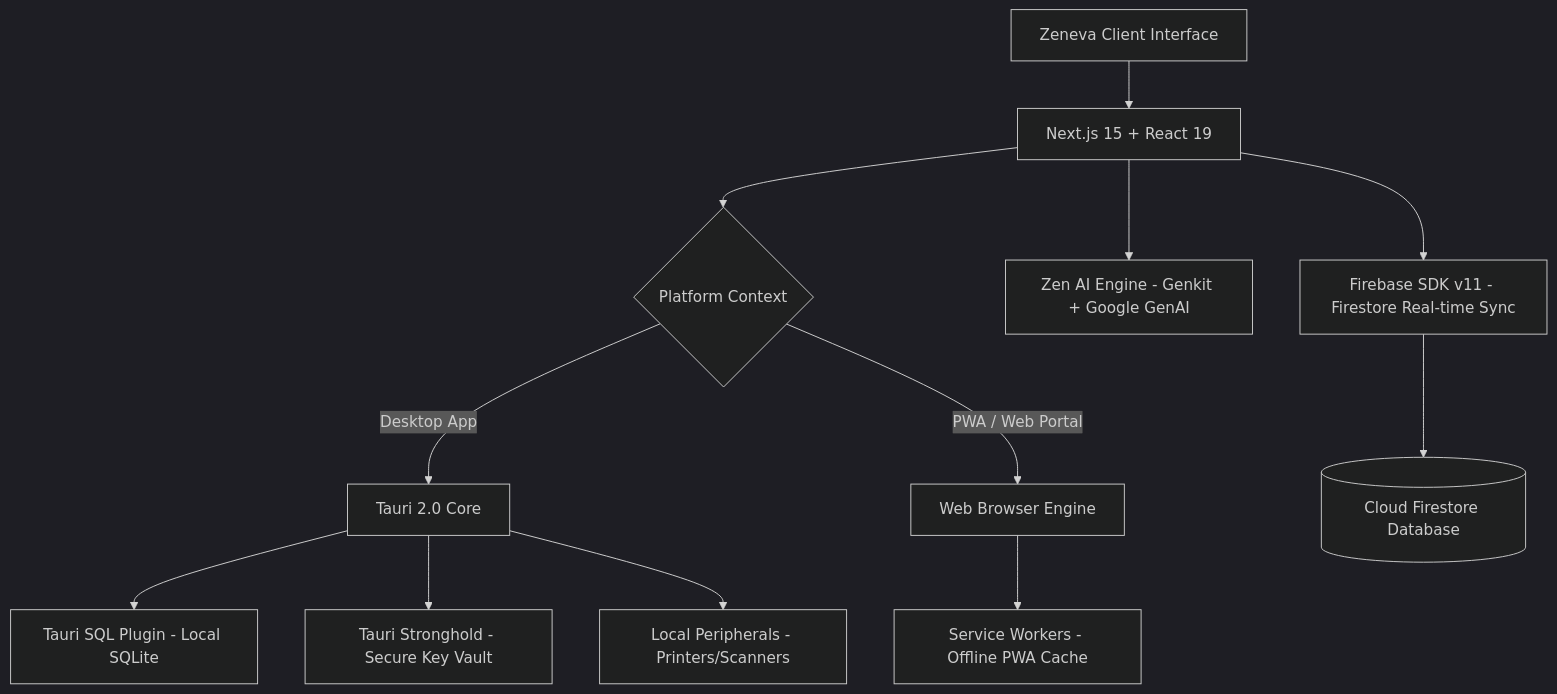
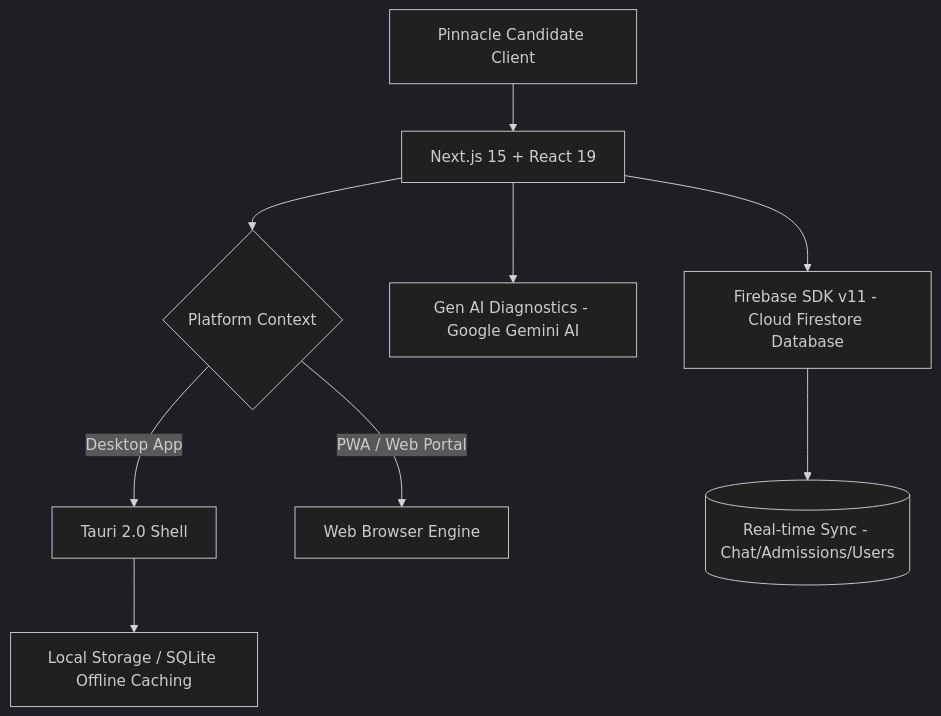
Before and after one commit to I-m-a-m-4/Pinnacle-Academia: the diagram in README.md, drawn with Mermaid (dark theme). The commit also changed other lines of this file and 290 other files, not shown here.

````diff
--- a/README.md
+++ b/README.md
@@ -29,17 +30,13 @@
 ```mermaid
 graph TD
-    A[Zeneva Client Interface] --> B[Next.js 15 + React 19]
+    A[Pinnacle Candidate Client] --> B[Next.js 15 + React 19]
     B --> C{Platform Context}
-    C -->|Desktop App| D[Tauri 2.0 Core]
+    C -->|Desktop App| D[Tauri 2.0 Shell]
     C -->|PWA / Web Portal| E[Web Browser Engine]
     
-    D --> F[Tauri SQL Plugin - Local SQLite]
-    D --> G[Tauri Stronghold - Secure Key Vault]
-    D --> H[Local Peripherals - Printers/Scanners]
+    D --> F[Local Storage / SQLite Offline Caching]
     
-    E --> I[Service Workers - Offline PWA Cache]
-    
-    B --> J[Zen AI Engine - Genkit + Google GenAI]
-    B --> K[Firebase SDK v11 - Firestore Real-time Sync]
-    K --> L[(Cloud Firestore Database)]
+    B --> J[Gen AI Diagnostics - Google Gemini AI]
+    B --> K[Firebase SDK v11 - Cloud Firestore Database]
+    K --> L[(Real-time Sync - Chat/Admissions/Users)]
 ```
````
